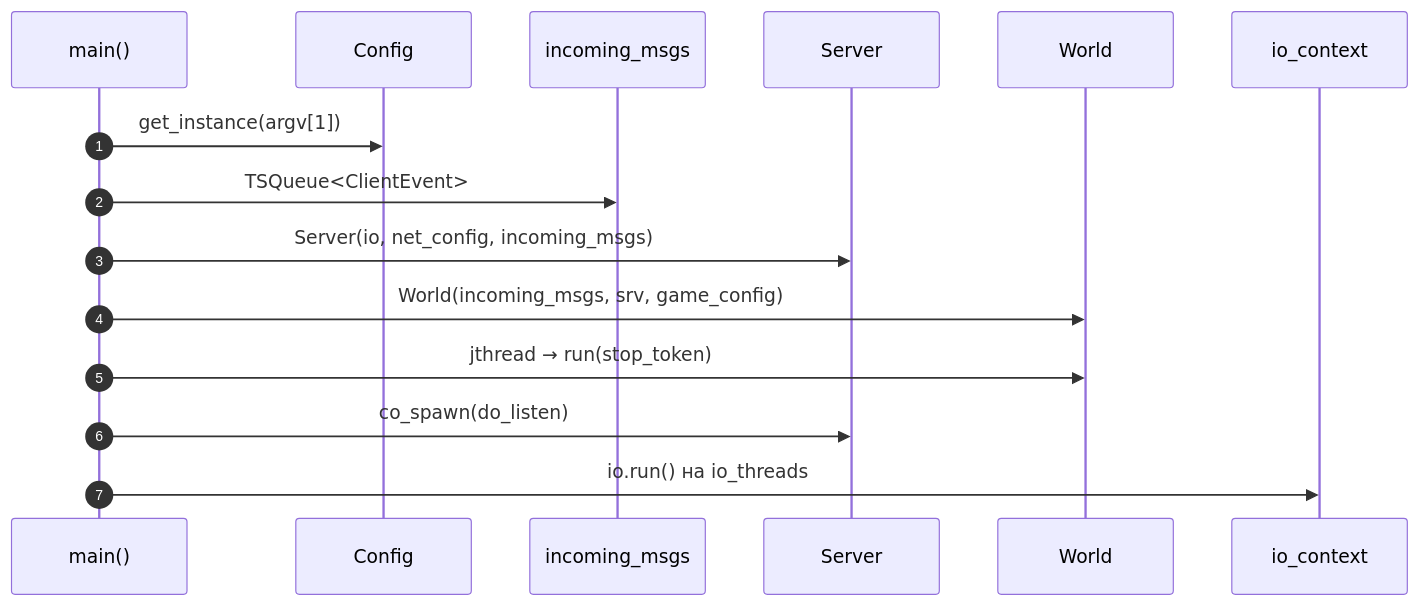
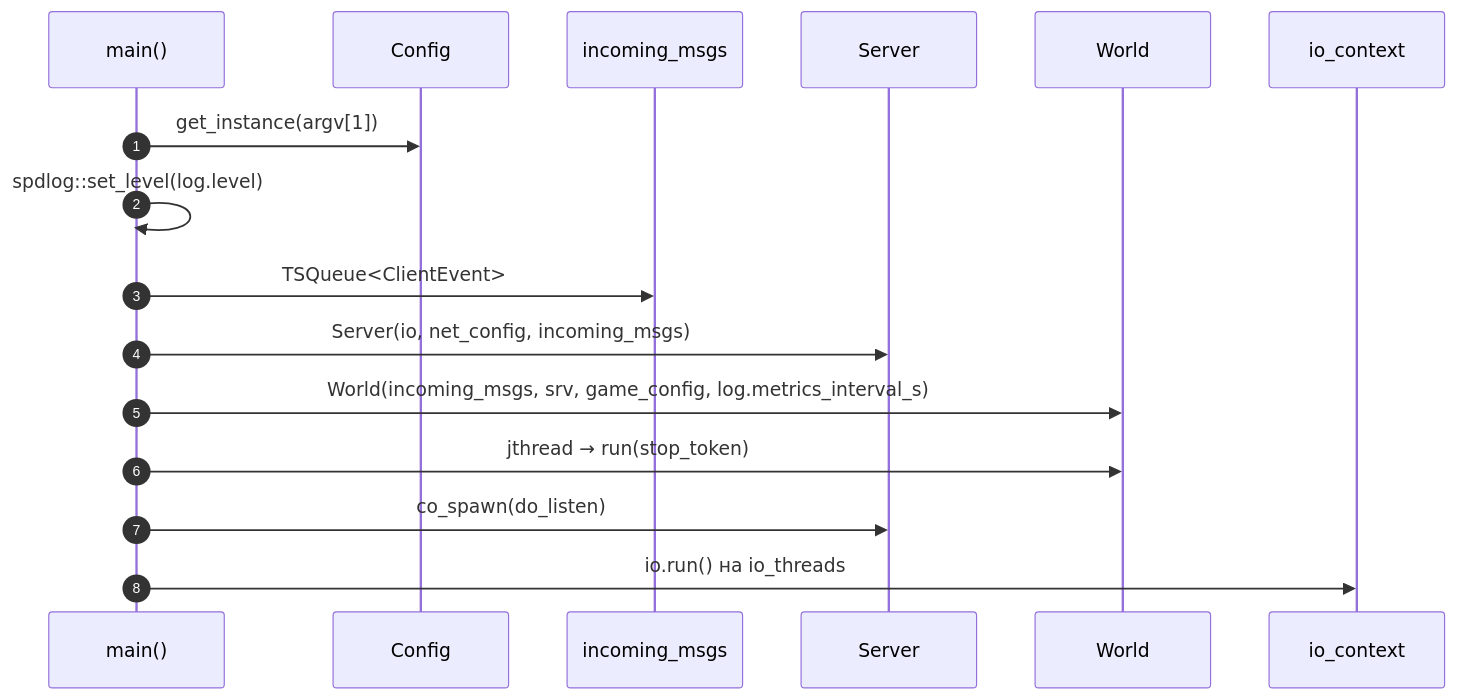
One commit to litcxx/Game changed the first of 9 diagrams in server/docs/sequence-diagram.md. Above: the diagram before and after it, drawn with Mermaid. The commit also changed other lines of this file and 2 other files, not shown here.

First line of the commit message:
docs: the log section, the metrics line and how to export it (LTC-17)

````diff
--- a/server/docs/sequence-diagram.md
+++ b/server/docs/sequence-diagram.md
@@ -25,18 +25,19 @@
 ```mermaid
 sequenceDiagram
     autonumber
     participant main as main()
     participant cfg as Config
     participant q as incoming_msgs
     participant srv as Server
     participant world as World
     participant io as io_context
 
     main->>cfg: get_instance(argv[1])
+    main->>main: spdlog::set_level(log.level)
     main->>q: TSQueue#lt;ClientEvent#gt;
     main->>srv: Server(io, net_config, incoming_msgs)
-    main->>world: World(incoming_msgs, srv, game_config)
+    main->>world: World(incoming_msgs, srv, game_config, log.metrics_interval_s)
     main->>world: jthread → run(stop_token)
     main->>srv: co_spawn(do_listen)
     main->>io: io.run() на io_threads
 ```
````
